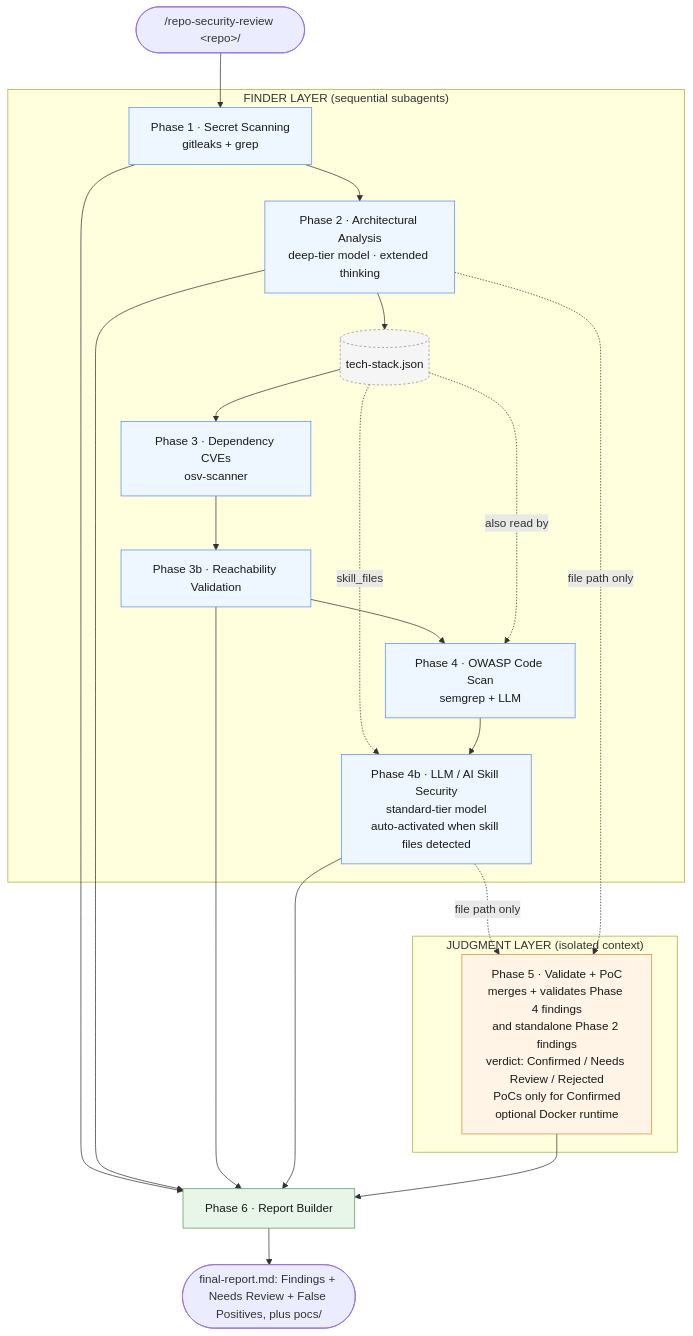
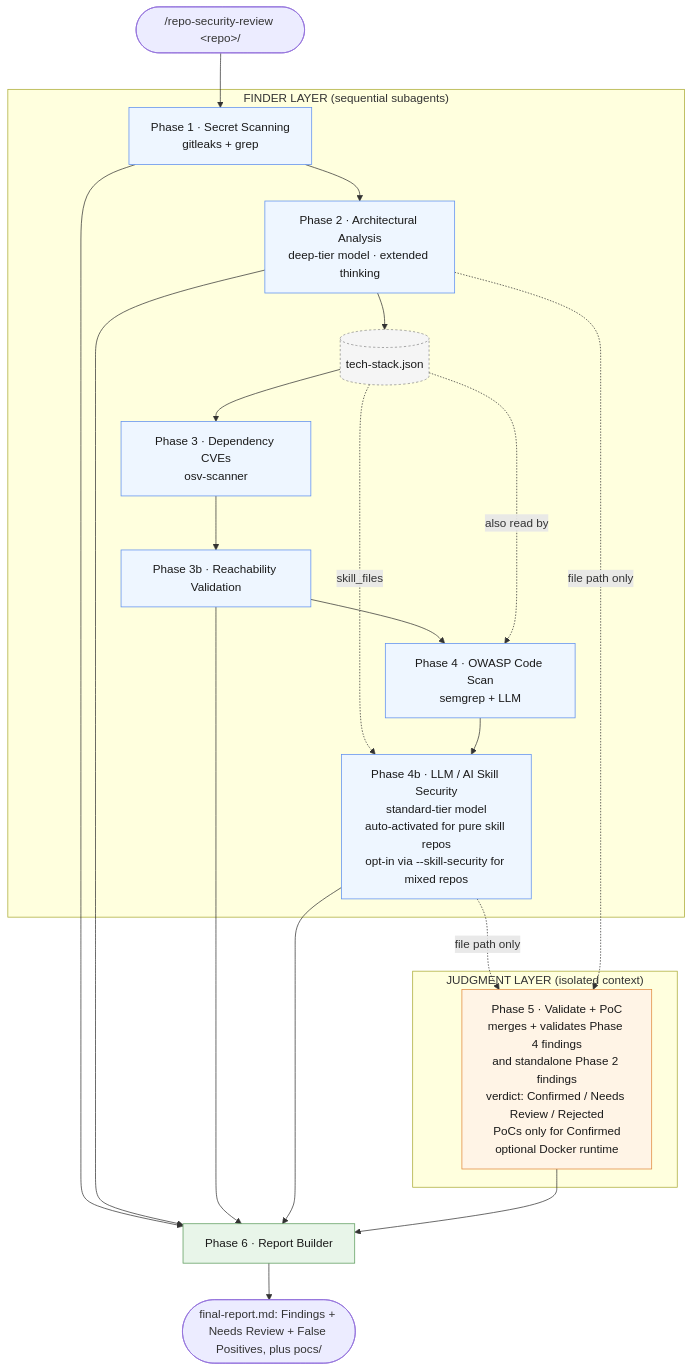
The diagram in README.md (Consensys/repo-security-review), drawn with Mermaid before and after one commit. The commit also changed other lines of this file and 4 other files, not shown here.

First line of the commit message:
Require opt-in for mixed-repo Phase 4b

````diff
--- a/README.md
+++ b/README.md
@@ -93,46 +94,46 @@
 ```mermaid
 flowchart TD
     Start([/repo-security-review &lt;repo&gt;/]) --> P1
 
     subgraph FINDER["FINDER LAYER (sequential subagents)"]
         P1[Phase 1 · Secret Scanning<br/>gitleaks + grep]
         P2[Phase 2 · Architectural Analysis<br/>deep-tier model · extended thinking]
         TS[(tech-stack.json)]
         P3[Phase 3 · Dependency CVEs<br/>osv-scanner]
         P3b[Phase 3b · Reachability Validation]
         P4[Phase 4 · OWASP Code Scan<br/>semgrep + LLM]
-        P4b[Phase 4b · LLM / AI Skill Security<br/>standard-tier model<br/>auto-activated when skill files detected]
+        P4b[Phase 4b · LLM / AI Skill Security<br/>standard-tier model<br/>auto-activated for pure skill repos<br/>opt-in via --skill-security for mixed repos]
 
         P1 --> P2
         P2 --> TS
         TS --> P3
         P3 --> P3b
         P3b --> P4
         TS -. also read by .-> P4
         TS -. skill_files .-> P4b
         P4 --> P4b
     end
 
     P4b -. file path only .-> P5
     P2 -. file path only .-> P5
 
     subgraph JUDGMENT["JUDGMENT LAYER (isolated context)"]
         P5[Phase 5 · Validate + PoC<br/>merges + validates Phase 4 findings<br/>and standalone Phase 2 findings<br/>verdict: Confirmed / Needs Review / Rejected<br/>PoCs only for Confirmed<br/>optional Docker runtime]
     end
 
     P1 --> R[Phase 6 · Report Builder]
     P2 --> R
     P3b --> R
     P4b --> R
     P5 --> R
     R --> Out([final-report.md: Findings + Needs Review + False Positives, plus pocs/])
 
     classDef finder fill:#eef6ff,stroke:#5b8def,color:#1a1a1a
     classDef judgment fill:#fff4e6,stroke:#e0883a,color:#1a1a1a
     classDef report fill:#e8f5e9,stroke:#5a9a5a,color:#1a1a1a
     classDef store fill:#f5f5f5,stroke:#888,color:#1a1a1a,stroke-dasharray: 3 3
     class P1,P2,P3,P3b,P4,P4b finder
     class P5 judgment
     class R report
     class TS store
 ```
````
